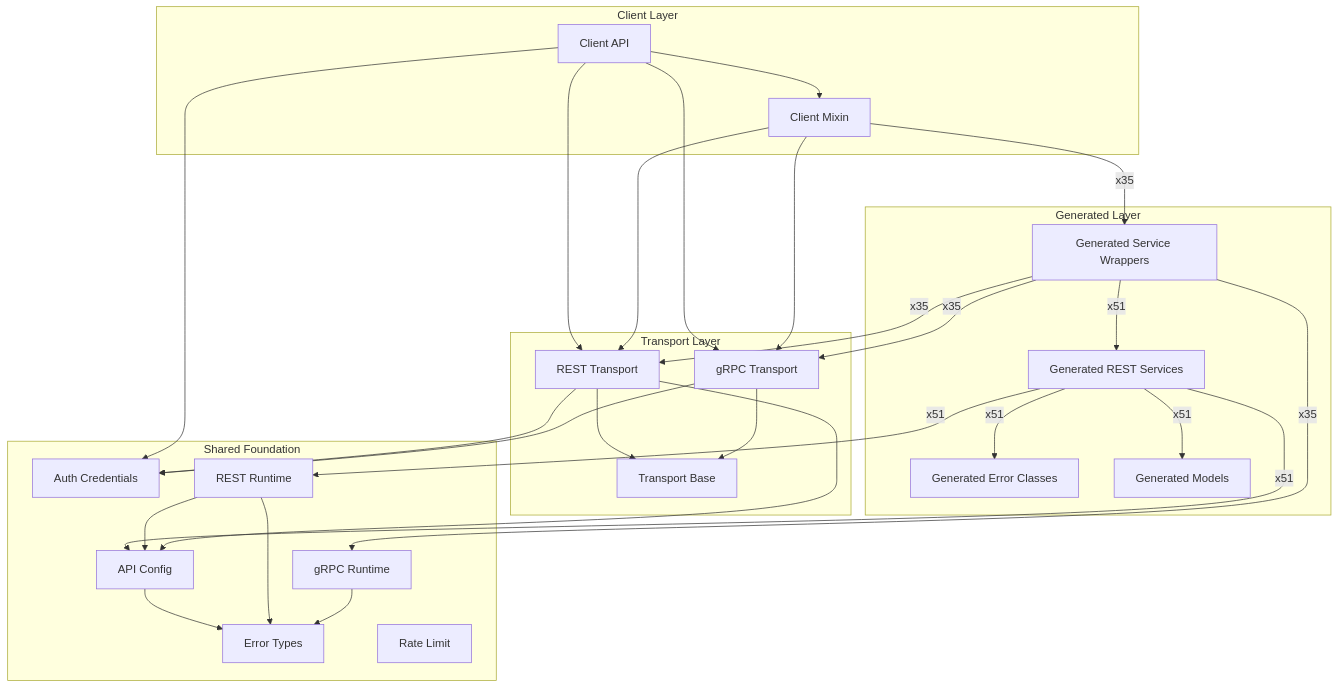
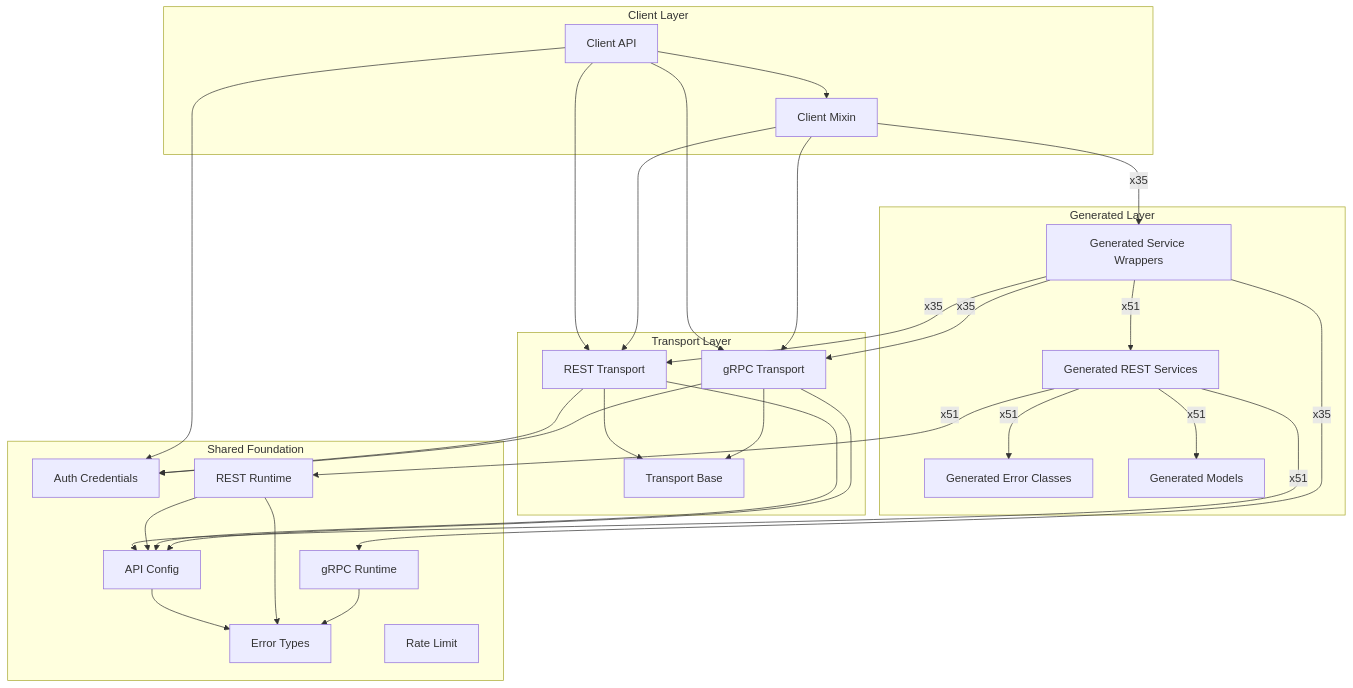
Before and after one commit to alexdearaujo/community_sdk_python: the diagram in docs/sphinx/sdk_runtime_architecture.md, drawn with Mermaid. The commit also changed 5 other files, not shown here.

````diff
--- a/docs/sphinx/sdk_runtime_architecture.md
+++ b/docs/sphinx/sdk_runtime_architecture.md
@@ -22,51 +22,52 @@
 ```mermaid
 flowchart TB
     subgraph client["Client Layer"]
         Client_API["Client API"]
         Client_Mixin["Client Mixin"]
     end
     subgraph generated["Generated Layer"]
         Generated_Error_Classes["Generated Error Classes"]
         Generated_Models["Generated Models"]
         Generated_REST_Services["Generated REST Services"]
         Generated_Service_Wrappers["Generated Service Wrappers"]
     end
     subgraph transport["Transport Layer"]
         REST_Transport["REST Transport"]
         Transport_Base["Transport Base"]
         gRPC_Transport["gRPC Transport"]
     end
     subgraph foundation["Shared Foundation"]
         API_Config["API Config"]
         Auth_Credentials["Auth Credentials"]
         Error_Types["Error Types"]
         REST_Runtime["REST Runtime"]
         Rate_Limit["Rate Limit"]
         gRPC_Runtime["gRPC Runtime"]
     end
 
     API_Config --> Error_Types
     Client_API --> Auth_Credentials
     Client_API --> Client_Mixin
     Client_API --> REST_Transport
     Client_API --> gRPC_Transport
     Client_Mixin -->|"x35"| Generated_Service_Wrappers
     Client_Mixin --> REST_Transport
     Client_Mixin --> gRPC_Transport
     Generated_REST_Services -->|"x51"| API_Config
     Generated_REST_Services -->|"x51"| Generated_Error_Classes
     Generated_REST_Services -->|"x51"| Generated_Models
     Generated_REST_Services -->|"x51"| REST_Runtime
     Generated_Service_Wrappers -->|"x51"| Generated_REST_Services
     Generated_Service_Wrappers -->|"x35"| REST_Transport
     Generated_Service_Wrappers -->|"x35"| gRPC_Runtime
     Generated_Service_Wrappers -->|"x35"| gRPC_Transport
     REST_Runtime --> API_Config
     REST_Runtime --> Error_Types
     REST_Transport --> API_Config
     REST_Transport --> Auth_Credentials
     REST_Transport --> Transport_Base
     gRPC_Runtime --> Error_Types
+    gRPC_Transport --> API_Config
     gRPC_Transport --> Auth_Credentials
     gRPC_Transport --> Transport_Base
 ```
````
